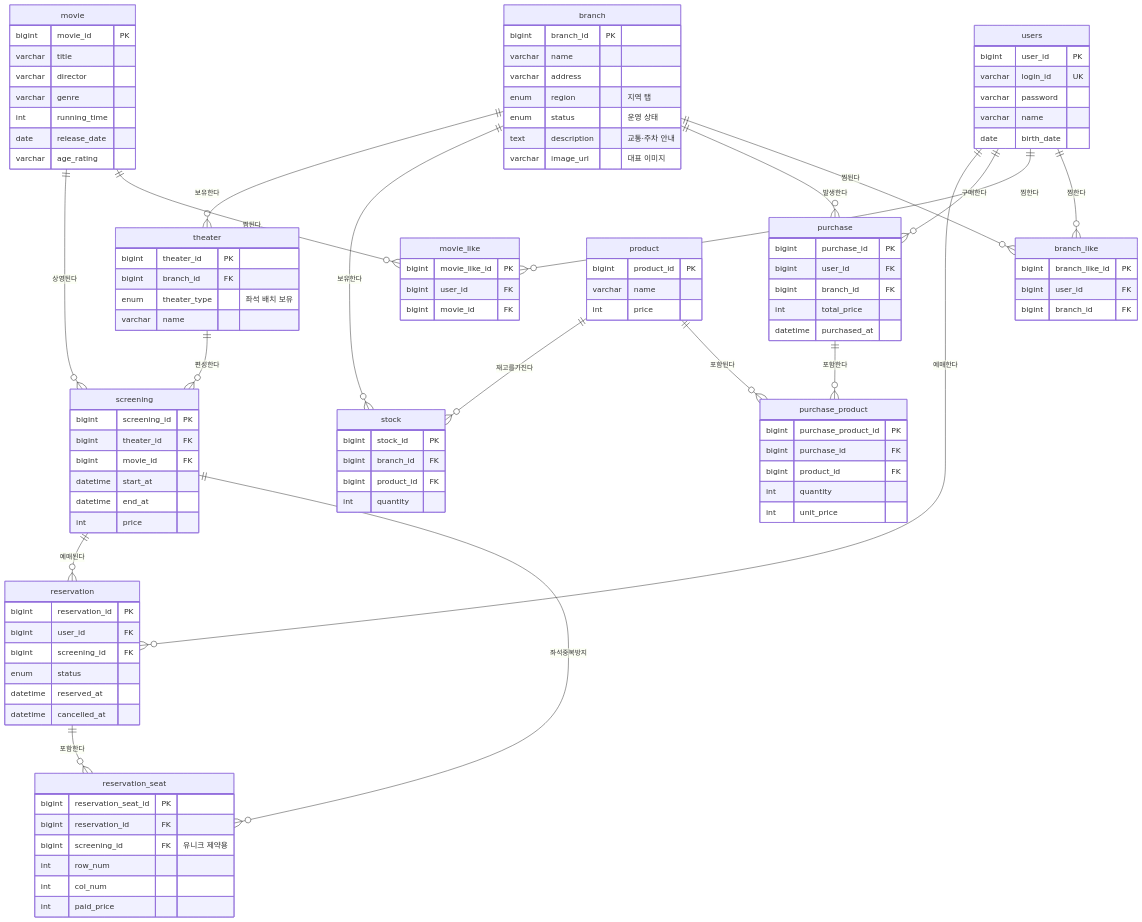
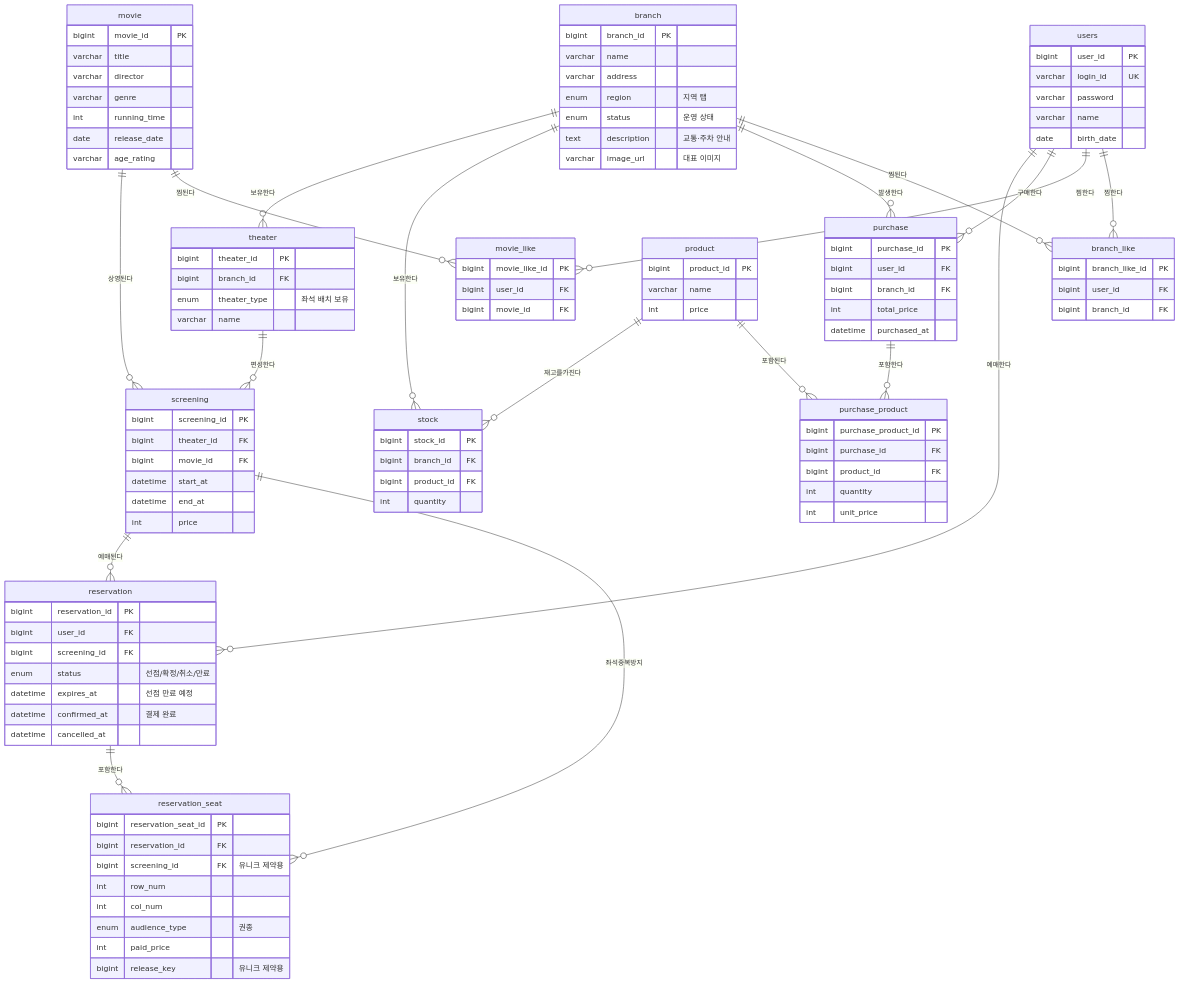
Before and after one commit to CEOS-Developers/spring-cgv-24th: the diagram in README.md, drawn with Mermaid. The commit also changed other lines of this file and 1 other file, not shown here.

```diff
--- a/README.md
+++ b/README.md
@@ -66,8 +66,9 @@
         bigint reservation_id PK
         bigint user_id FK
         bigint screening_id FK
-        enum status
-        datetime reserved_at
+        enum status "선점/확정/취소/만료"
+        datetime expires_at "선점 만료 예정"
+        datetime confirmed_at "결제 완료"
         datetime cancelled_at
     }
     reservation_seat {
@@ -76,7 +77,9 @@
         bigint screening_id FK "유니크 제약용"
         int row_num
         int col_num
+        enum audience_type "권종"
         int paid_price
+        bigint release_key "유니크 제약용"
     }
     product {
         bigint product_id PK
```
